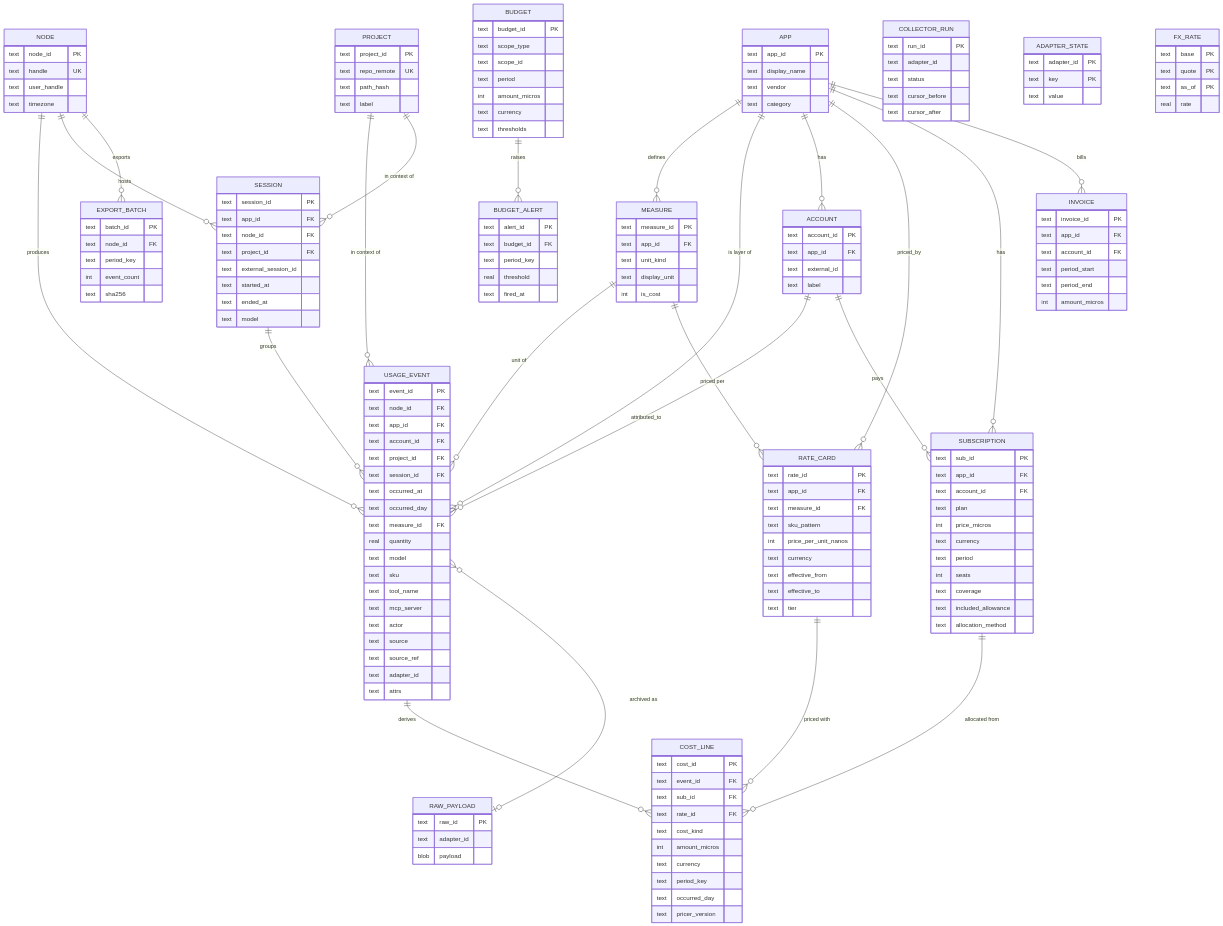
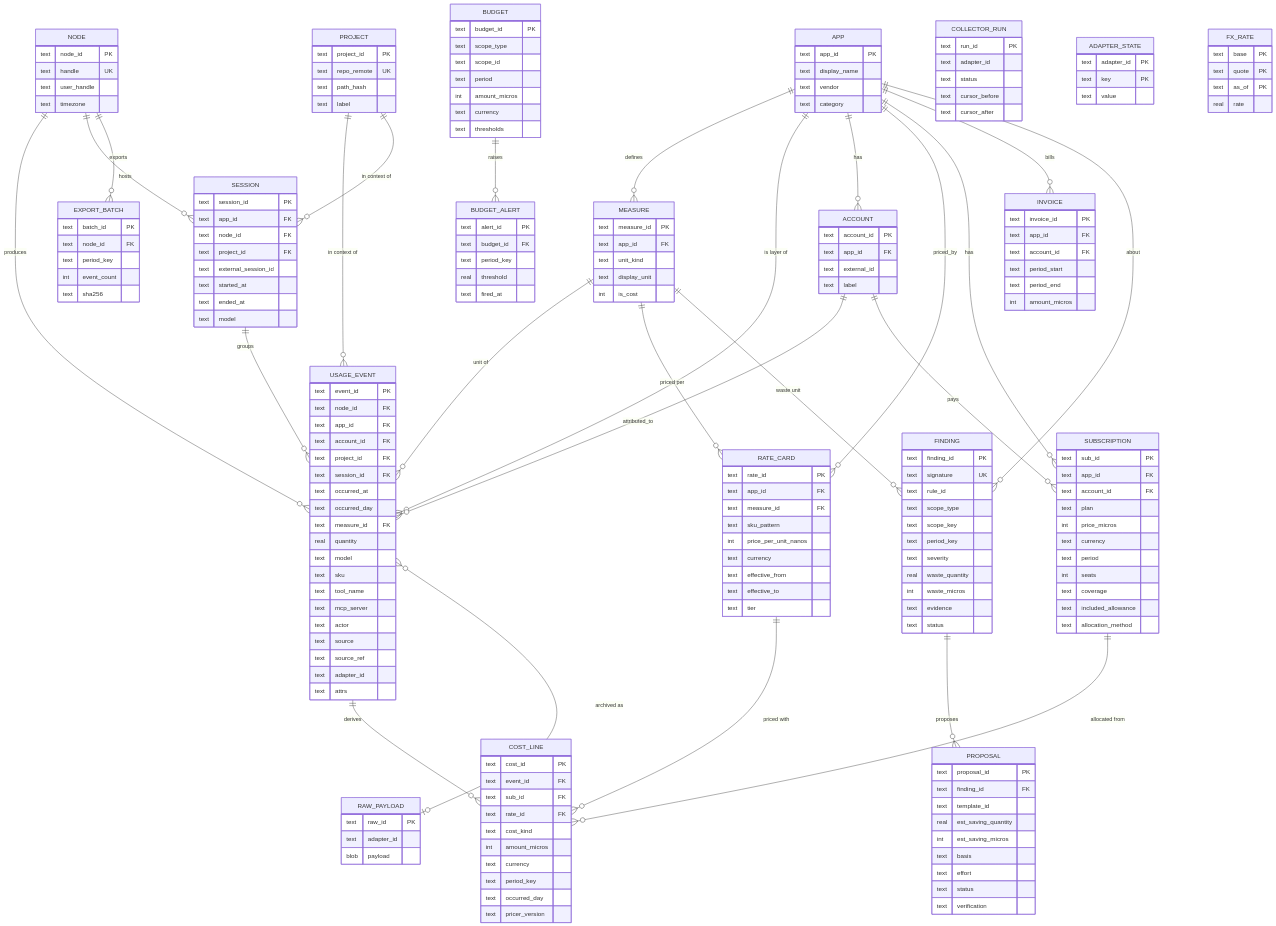
The diagram in docs/01-architecture/DATA-MODEL.md (newellnarco/SpendTracker), drawn with Mermaid before and after one commit. The commit also changed other lines of this file and 14 other files, not shown here.

```diff
--- a/docs/01-architecture/DATA-MODEL.md
+++ b/docs/01-architecture/DATA-MODEL.md
@@ -28,6 +28,9 @@
     SUBSCRIPTION ||--o{ COST_LINE : "allocated from"
     BUDGET ||--o{ BUDGET_ALERT : raises
     USAGE_EVENT }o--o| RAW_PAYLOAD : "archived as"
+    APP ||--o{ FINDING : "about"
+    MEASURE ||--o{ FINDING : "waste unit"
+    FINDING ||--o{ PROPOSAL : "proposes"
 
     NODE {
         text node_id PK
@@ -175,6 +178,30 @@
         text key PK
         text value
     }
+    FINDING {
+        text finding_id PK
+        text signature UK
+        text rule_id
+        text scope_type
+        text scope_key
+        text period_key
+        text severity
+        real waste_quantity
+        int waste_micros
+        text evidence
+        text status
+    }
+    PROPOSAL {
+        text proposal_id PK
+        text finding_id FK
+        text template_id
+        real est_saving_quantity
+        int est_saving_micros
+        text basis
+        text effort
+        text status
+        text verification
+    }
     FX_RATE {
         text base PK
         text quote PK
```
